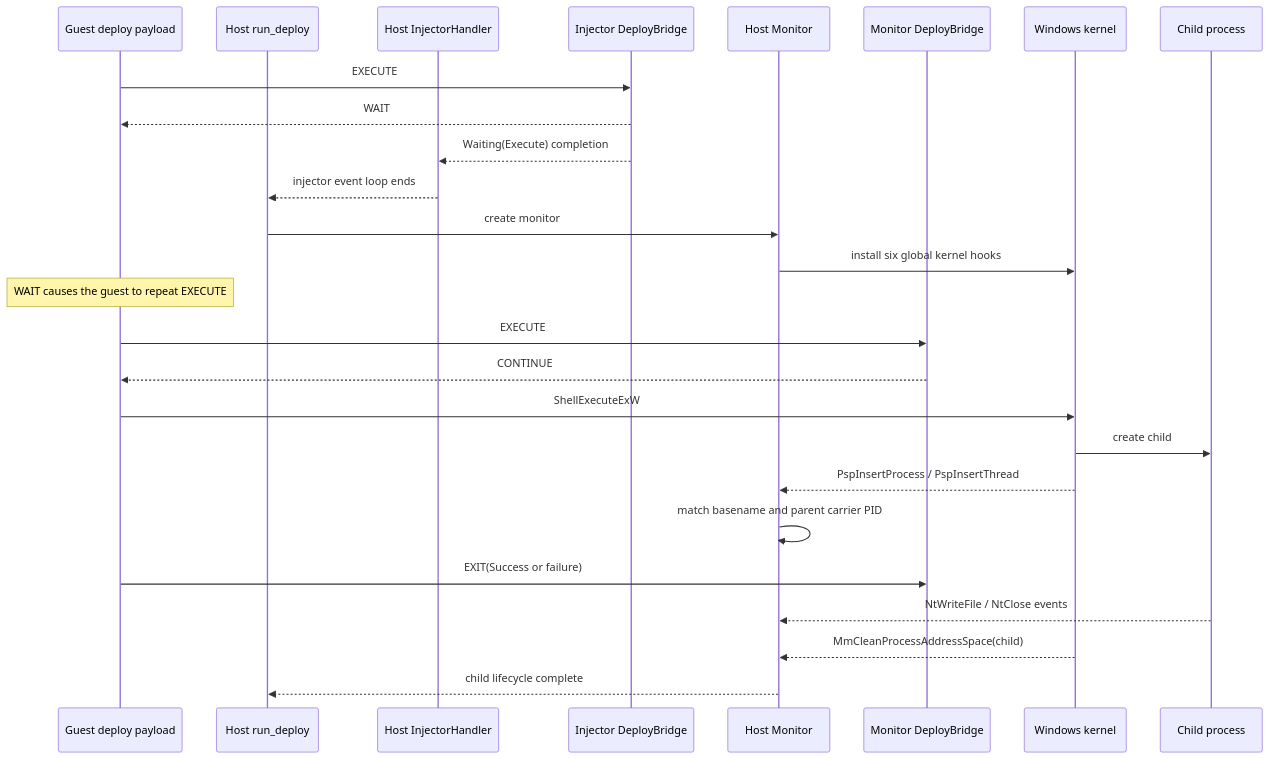
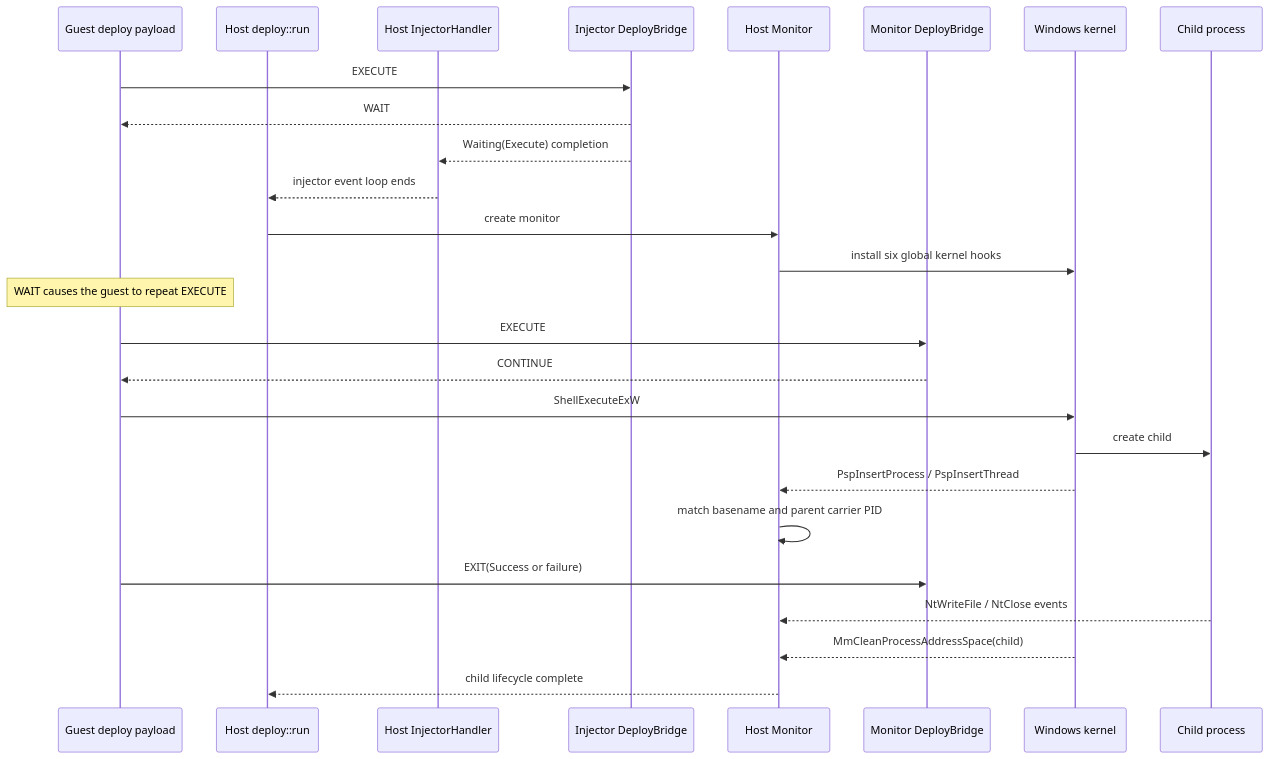
Before and after one commit to vmi-rs/vmi: the fourth of 4 diagrams in examples/windows-bridge/deploy/README.md, drawn with Mermaid. The commit also changed other lines of this file and 18 other files, not shown here.

````diff
--- a/examples/windows-bridge/deploy/README.md
+++ b/examples/windows-bridge/deploy/README.md
@@ -205,29 +205,29 @@
 ```mermaid
 sequenceDiagram
     participant G as Guest deploy payload
-    participant H as Host run_deploy
+    participant H as Host deploy::run
     participant I as Host InjectorHandler
     participant B1 as Injector DeployBridge
     participant M as Host Monitor
     participant B2 as Monitor DeployBridge
     participant K as Windows kernel
     participant C as Child process
 
     G->>B1: EXECUTE
     B1-->>G: WAIT
     B1-->>I: Waiting(Execute) completion
     I-->>H: injector event loop ends
     H->>M: create monitor
     M->>K: install six global kernel hooks
     Note over G: WAIT causes the guest to repeat EXECUTE
     G->>B2: EXECUTE
     B2-->>G: CONTINUE
     G->>K: ShellExecuteExW
     K->>C: create child
     K-->>M: PspInsertProcess / PspInsertThread
     M->>M: match basename and parent carrier PID
     G->>B2: EXIT(Success or failure)
     C-->>M: NtWriteFile / NtClose events
     K-->>M: MmCleanProcessAddressSpace(child)
     M-->>H: child lifecycle complete
 ```
````
